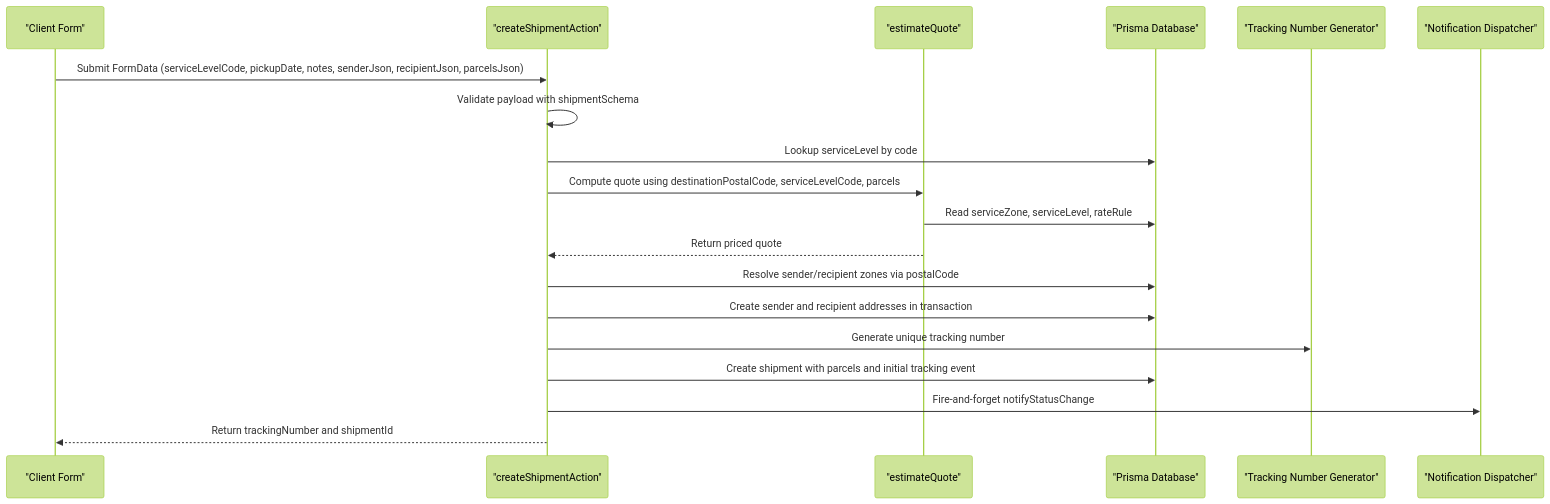
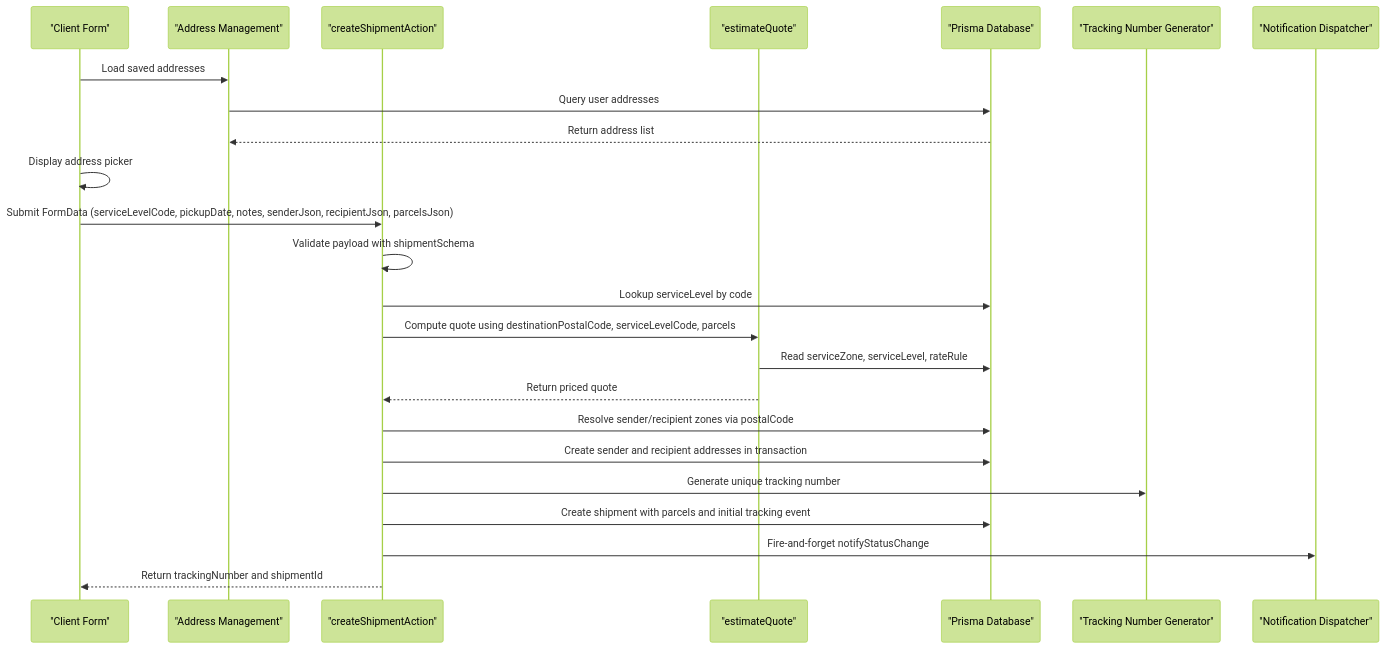
The second of 8 diagrams in .qoder/repowiki/en/content/Shipment Management/Shipment Creation.md (gyamposudodzi/Timberland), drawn with Mermaid (forest theme) before and after one commit. The commit also changed other lines of this file and 28 other files, not shown here.

First line of the commit message:
feat(address): enhance shipment workflow with saved address copying and management

````diff
--- a/.qoder/repowiki/en/content/Shipment Management/Shipment Creation.md
+++ b/.qoder/repowiki/en/content/Shipment Management/Shipment Creation.md
@@ -114,21 +137,26 @@
 ```mermaid
 sequenceDiagram
 participant UI as "Client Form"
+participant AM as "Address Management"
 participant SA as "createShipmentAction"
 participant PR as "estimateQuote"
 participant DB as "Prisma Database"
 participant TN as "Tracking Number Generator"
 participant NT as "Notification Dispatcher"
+UI->>AM : Load saved addresses
+AM->>DB : Query user addresses
+DB-->>AM : Return address list
+UI->>UI : Display address picker
 UI->>SA : Submit FormData (serviceLevelCode, pickupDate, notes, senderJson, recipientJson, parcelsJson)
 SA->>SA : Validate payload with shipmentSchema
 SA->>DB : Lookup serviceLevel by code
 SA->>PR : Compute quote using destinationPostalCode, serviceLevelCode, parcels
 PR->>DB : Read serviceZone, serviceLevel, rateRule
 PR-->>SA : Return priced quote
 SA->>DB : Resolve sender/recipient zones via postalCode
 SA->>DB : Create sender and recipient addresses in transaction
 SA->>TN : Generate unique tracking number
 SA->>DB : Create shipment with parcels and initial tracking event
 SA->>NT : Fire-and-forget notifyStatusChange
 SA-->>UI : Return trackingNumber and shipmentId
 ```
````
